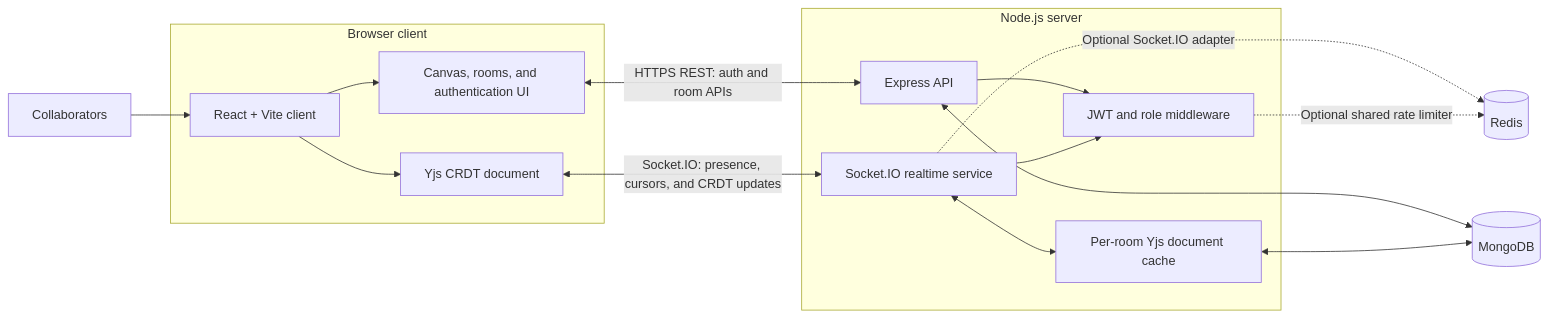
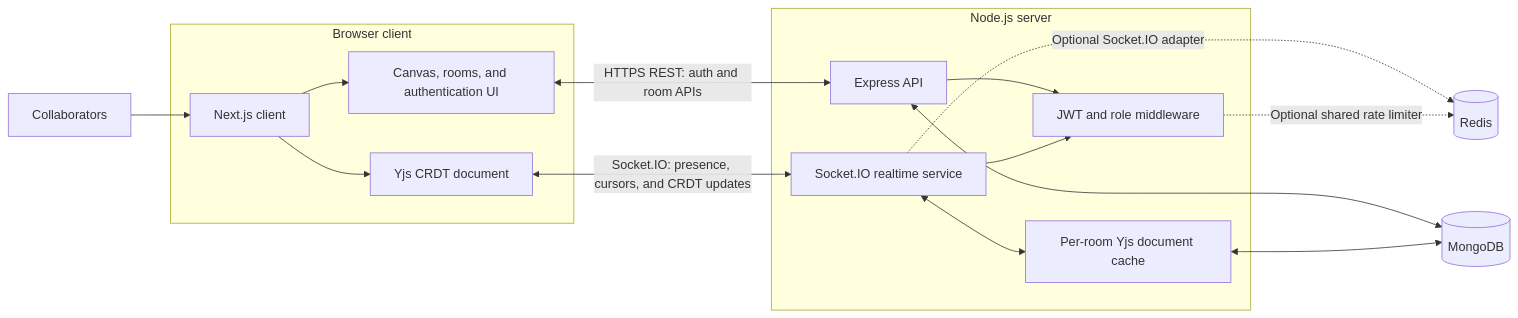
The diagram in README.md (Sumit-y88/Merge-canvas), drawn with Mermaid before and after one commit. The commit also changed other lines of this file and 69 other files, not shown here.

````diff
--- a/README.md
+++ b/README.md
@@ -106,26 +105,26 @@
 ```mermaid
 flowchart LR
-    U[Collaborators] --> C[React + Vite client]
+    U[Collaborators] --> C[Next.js client]
 
     subgraph Client[Browser client]
         C --> UI[Canvas, rooms, and authentication UI]
         C --> Y[Yjs CRDT document]
     end
 
     UI <-->|HTTPS REST: auth and room APIs| API
     Y <-->|Socket.IO: presence, cursors, and CRDT updates| RT
 
     subgraph Server[Node.js server]
         API[Express API]
         RT[Socket.IO realtime service]
         YDOC[Per-room Yjs document cache]
         API --> AUTH[JWT and role middleware]
         RT --> AUTH
         RT <--> YDOC
     end
 
     API <--> DB[(MongoDB)]
     YDOC <--> DB
     RT -. "Optional Socket.IO adapter" .-> REDIS[(Redis)]
     AUTH -. "Optional shared rate limiter" .-> REDIS
 ```
````
